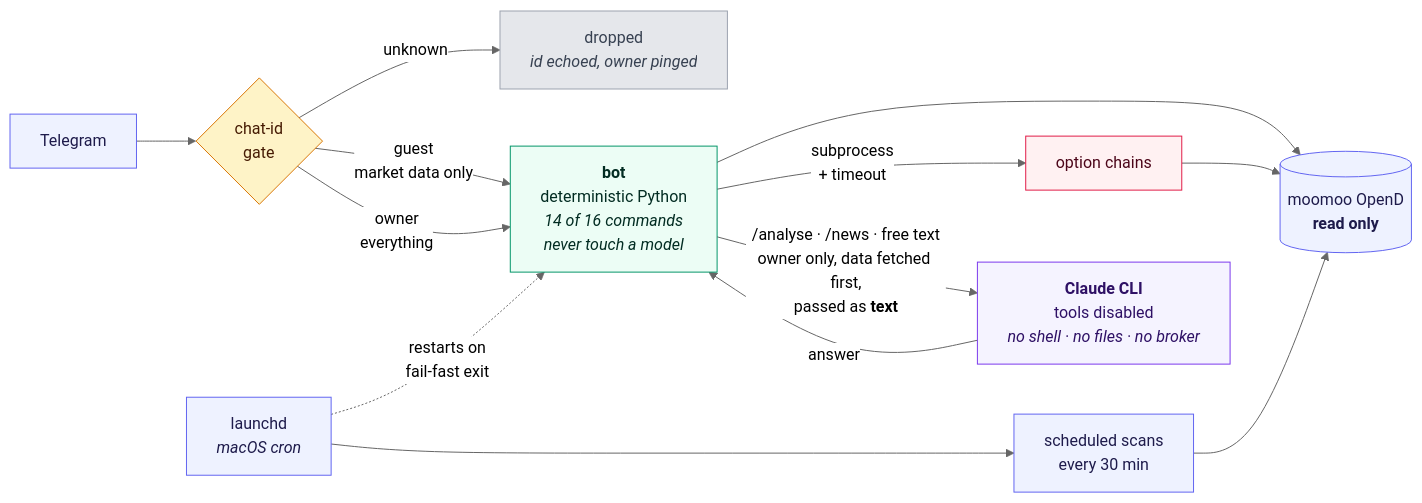
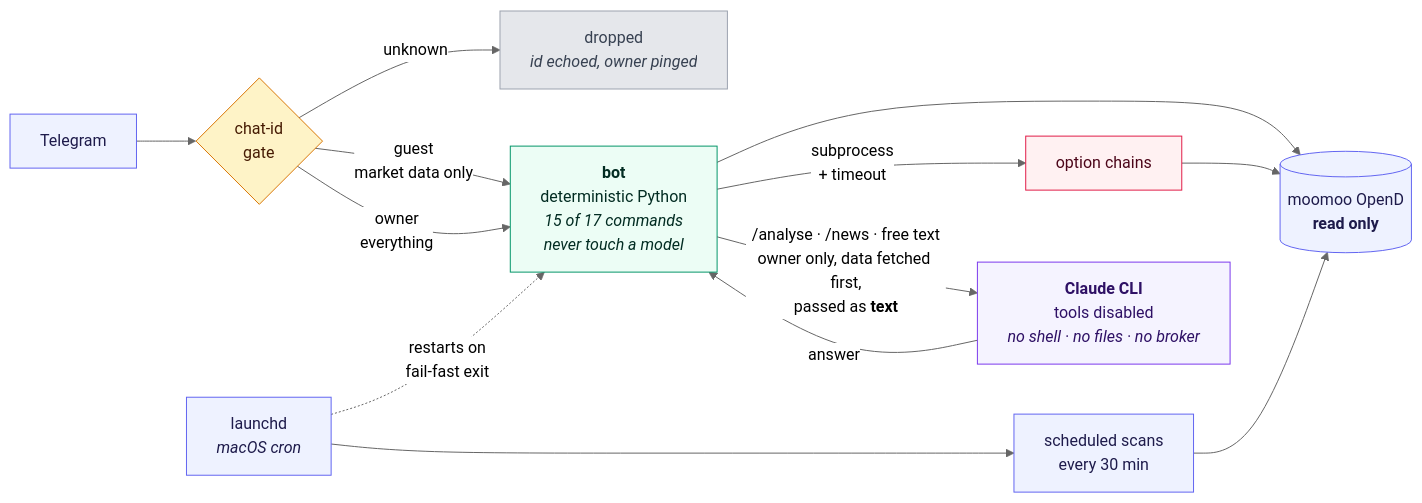
The first of 2 diagrams in README.md (derricktan91/moomoo-wheel-bot), drawn with Mermaid (neutral theme) before and after one commit. The commit also changed other lines of this file and 4 other files, not shown here.

````diff
--- a/README.md
+++ b/README.md
@@ -195,31 +197,31 @@
 ```mermaid
 flowchart LR
     tg["Telegram"] --> gate{"chat-id<br/>gate"}
     gate -- "unknown" --> drop["dropped<br/><i>id echoed, owner pinged</i>"]
     gate -- "guest<br/>market data only" --> bot
-    gate -- "owner<br/>everything" --> bot["<b>bot</b><br/>deterministic Python<br/><i>14 of 16 commands<br/>never touch a model</i>"]
+    gate -- "owner<br/>everything" --> bot["<b>bot</b><br/>deterministic Python<br/><i>15 of 17 commands<br/>never touch a model</i>"]
 
     bot -- "subprocess<br/>+ timeout" --> chains["option chains"]
     bot --> opend[("moomoo OpenD<br/><b>read only</b>")]
     chains --> opend
     scan["scheduled scans<br/>every 30 min"] --> opend
 
     bot -- "/analyse · /news · free text<br/>owner only, data fetched first,<br/>passed as <b>text</b>" --> claude["<b>Claude CLI</b><br/>tools disabled<br/><i>no shell · no files · no broker</i>"]
     claude -- "answer" --> bot
 
     launchd["launchd<br/><i>macOS cron</i>"] -. "restarts on<br/>fail-fast exit" .-> bot
     launchd --> scan
 
     classDef ext fill:#eef2ff,stroke:#6366f1,color:#1e1b4b
     classDef gate fill:#fef3c7,stroke:#d97706,color:#451a03
     classDef core fill:#ecfdf5,stroke:#059669,color:#022c22
     classDef iso fill:#fff1f2,stroke:#e11d48,color:#4c0519
     classDef drop fill:#e5e7eb,stroke:#9ca3af,color:#374151
     classDef ai fill:#f5f3ff,stroke:#7c3aed,color:#2e1065
     class tg,opend,launchd,scan ext
     class gate gate
     class bot core
     class chains iso
     class drop drop
     class claude ai
 ```
````
